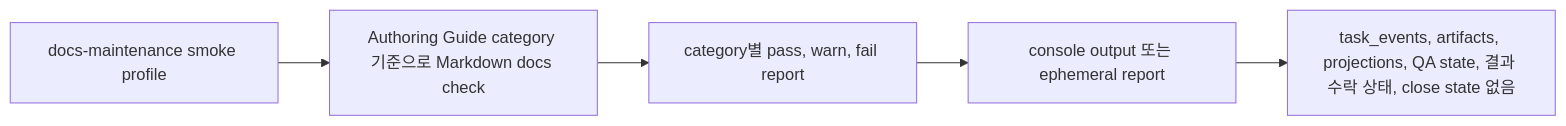
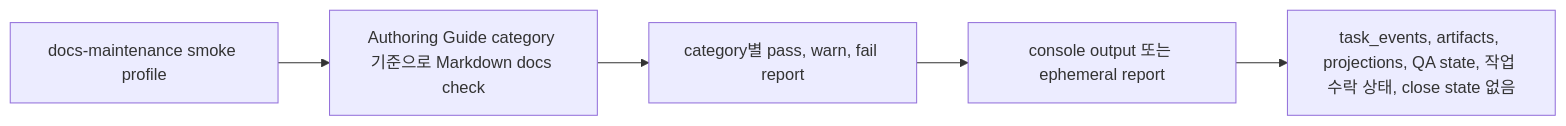
Before and after one commit to minjungw00/Harness_Project: the third of 11 diagrams in docs/ko/reference/operations-and-conformance.md, drawn with Mermaid. The commit also changed other lines of this file and 80 other files, not shown here.

````diff
--- a/docs/ko/reference/operations-and-conformance.md
+++ b/docs/ko/reference/operations-and-conformance.md
@@ -182,7 +182,7 @@
 ```mermaid
 flowchart LR
   Start["docs-maintenance smoke profile"] --> Check["Authoring Guide category 기준으로 Markdown docs check"]
   Check --> Report["category별 pass, warn, fail report"]
   Report --> Output["console output 또는 ephemeral report"]
-  Output --> Hold["task_events, artifacts, projections, QA state, 결과 수락 상태, close state 없음"]
+  Output --> Hold["task_events, artifacts, projections, QA state, 작업 수락 상태, close state 없음"]
 ```
````
